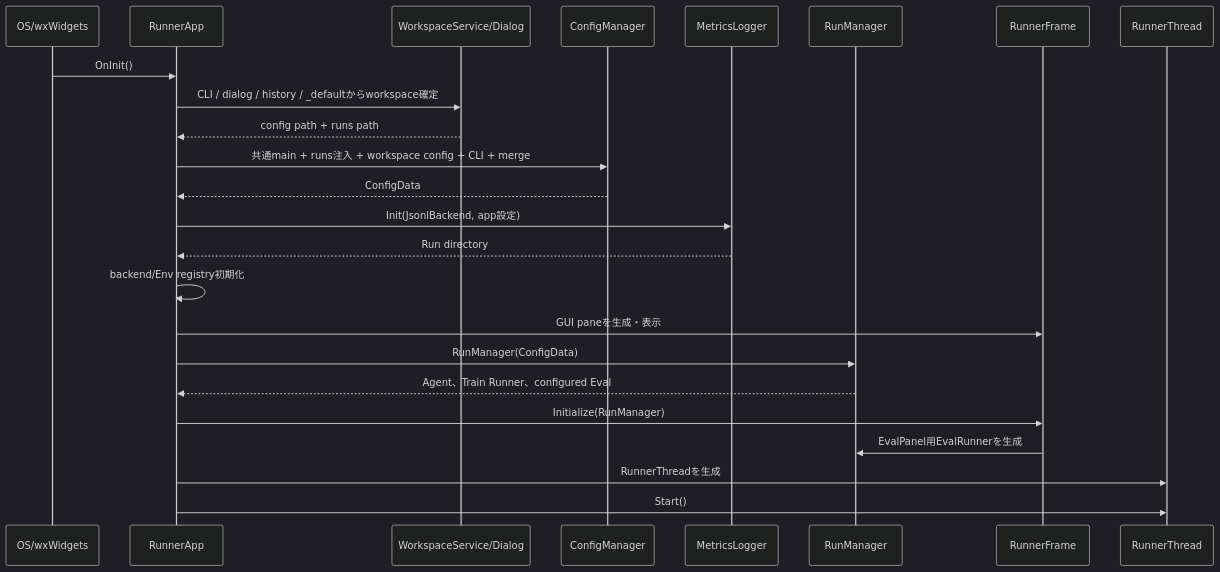
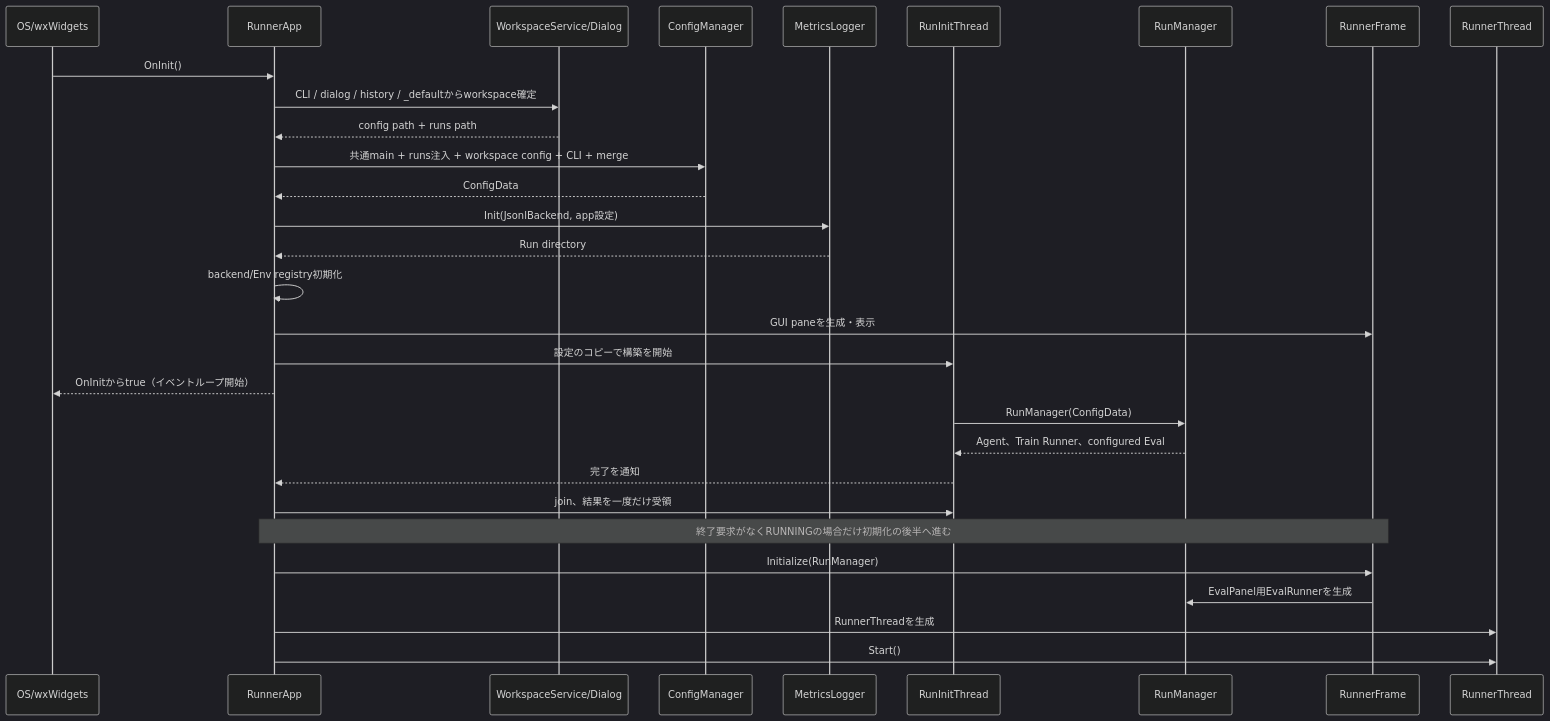
The second of 4 diagrams in docs/design/160_applications_and_tools.en.md (kazukin123/anet-lab), drawn with Mermaid (dark theme) before and after one commit. The commit also changed other lines of this file and 14 other files, not shown here.

````diff
--- a/docs/design/160_applications_and_tools.en.md
+++ b/docs/design/160_applications_and_tools.en.md
@@ -210,27 +238,33 @@
 ```mermaid
 sequenceDiagram
     participant OS as OS/wxWidgets
     participant A as RunnerApp
     participant W as WorkspaceService/Dialog
     participant C as ConfigManager
     participant M as MetricsLogger
+    participant I as RunInitThread
     participant R as RunManager
     participant F as RunnerFrame
     participant T as RunnerThread
 
     OS->>A: OnInit()
     A->>W: CLI / dialog / history / _defaultからworkspace確定
     W-->>A: config path + runs path
     A->>C: 共通main + runs注入 + workspace config + CLI + merge
     C-->>A: ConfigData
     A->>M: Init(JsonlBackend, app設定)
     M-->>A: Run directory
     A->>A: backend/Env registry初期化
     A->>F: GUI paneを生成・表示
-    A->>R: RunManager(ConfigData)
-    R-->>A: Agent、Train Runner、configured Eval
+    A->>I: 設定のコピーで構築を開始
+    A-->>OS: OnInitからtrue（イベントループ開始）
+    I->>R: RunManager(ConfigData)
+    R-->>I: Agent、Train Runner、configured Eval
+    I-->>A: 完了を通知
+    A->>I: join、結果を一度だけ受領
+    Note over A,F: 終了要求がなくRUNNINGの場合だけ初期化の後半へ進む
     A->>F: Initialize(RunManager)
     F->>R: EvalPanel用EvalRunnerを生成
     A->>T: RunnerThreadを生成
     A->>T: Start()
 ```
````
